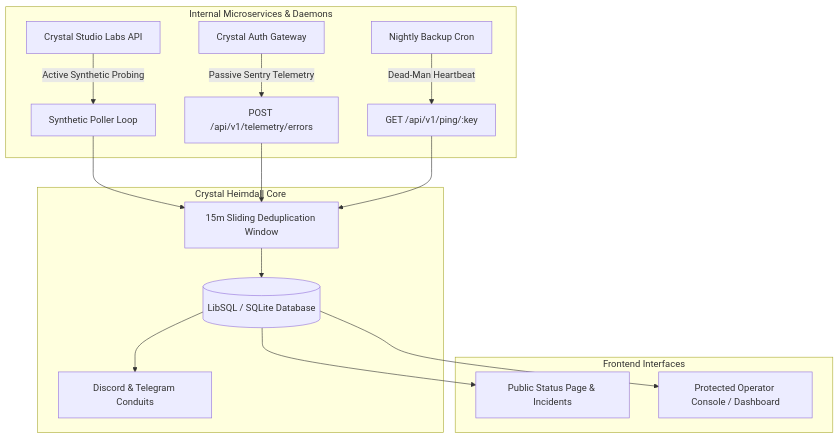
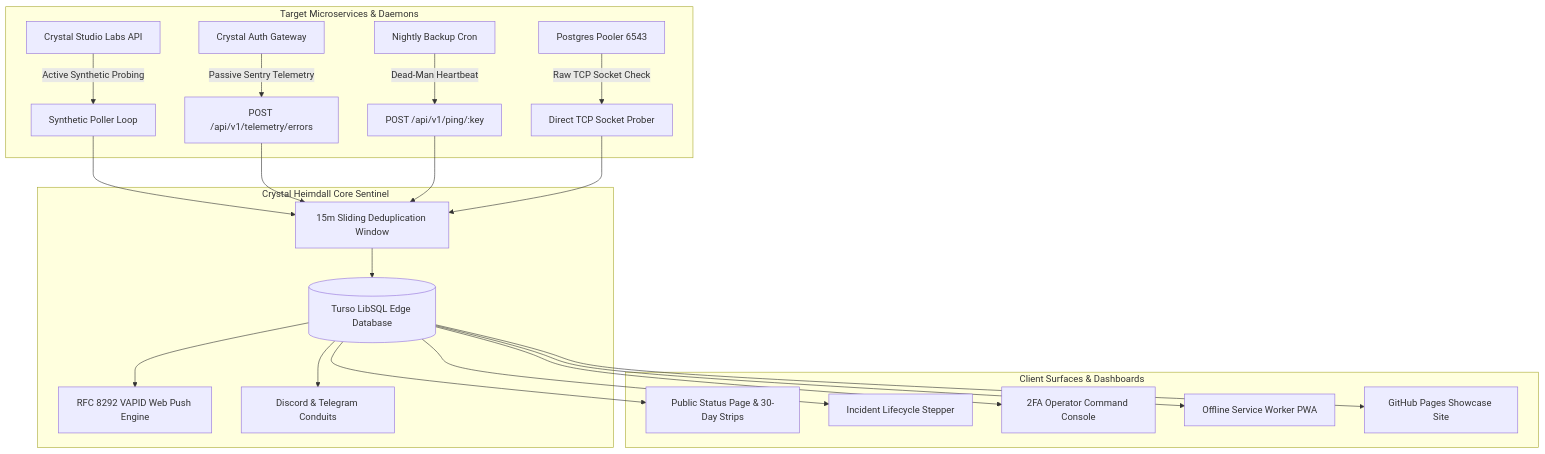
One commit to Crystal-Studio-Labs/Crystal-Heimdall changed the diagram in ARCHITECTURE.md. Above: the diagram before and after it, drawn with Mermaid. The commit also changed other lines of this file and 30 other files, not shown here.

Commit message:
docs: add GitHub Pages showcase website and update project documentation with dynamic badges

````diff
--- a/ARCHITECTURE.md
+++ b/ARCHITECTURE.md
@@ -13,21 +22,27 @@
 ```mermaid
 graph TD
-    subgraph Private Network [Internal Microservices & Daemons]
+    subgraph Target Workloads [Target Microservices & Daemons]
         AuthSvc[Crystal Auth Gateway] -->|Passive Sentry Telemetry| Sink[POST /api/v1/telemetry/errors]
         ApiSvc[Crystal Studio Labs API] -->|Active Synthetic Probing| Poller[Synthetic Poller Loop]
-        CronSvc[Nightly Backup Cron] -->|Dead-Man Heartbeat| Heartbeat[GET /api/v1/ping/:key]
+        CronSvc[Nightly Backup Cron] -->|Dead-Man Heartbeat| Heartbeat[POST /api/v1/ping/:key]
+        PgPooler[Postgres Pooler 6543] -->|Raw TCP Socket Check| TCPProbe[Direct TCP Socket Prober]
     end
 
-    subgraph Core Engine [Crystal Heimdall Core]
+    subgraph Core Engine [Crystal Heimdall Core Sentinel]
         Poller --> Dedup[15m Sliding Deduplication Window]
         Sink --> Dedup
         Heartbeat --> Dedup
-        Dedup --> DB[(LibSQL / SQLite Database)]
+        TCPProbe --> Dedup
+        Dedup --> DB[(Turso LibSQL Edge Database)]
+        DB --> WebPush[RFC 8292 VAPID Web Push Engine]
         DB --> Dispatcher[Discord & Telegram Conduits]
     end
 
-    subgraph Client Surfaces [Frontend Interfaces]
-        DB --> PublicUI[Public Status Page & Incidents]
-        DB --> PrivUI[Protected Operator Console / Dashboard]
+    subgraph Client Surfaces [Client Surfaces & Dashboards]
+        DB --> PublicUI[Public Status Page & 30-Day Strips]
+        DB --> IncidentLedger[Incident Lifecycle Stepper]
+        DB --> OperatorDeck[2FA Operator Command Console]
+        DB --> PWAShell[Offline Service Worker PWA]
+        DB --> Showcase[GitHub Pages Showcase Site]
     end
 ```
````
